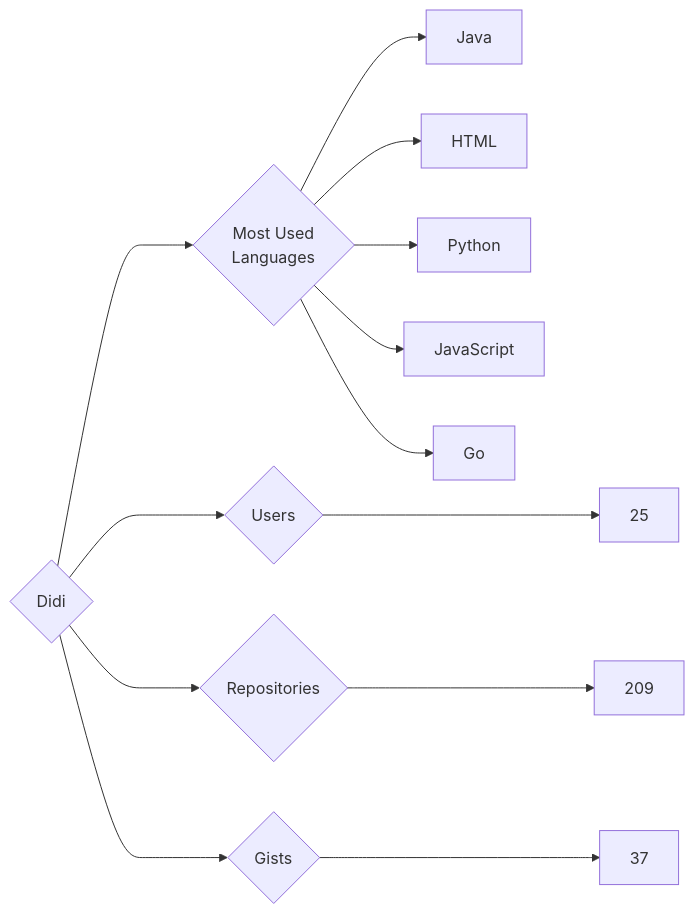
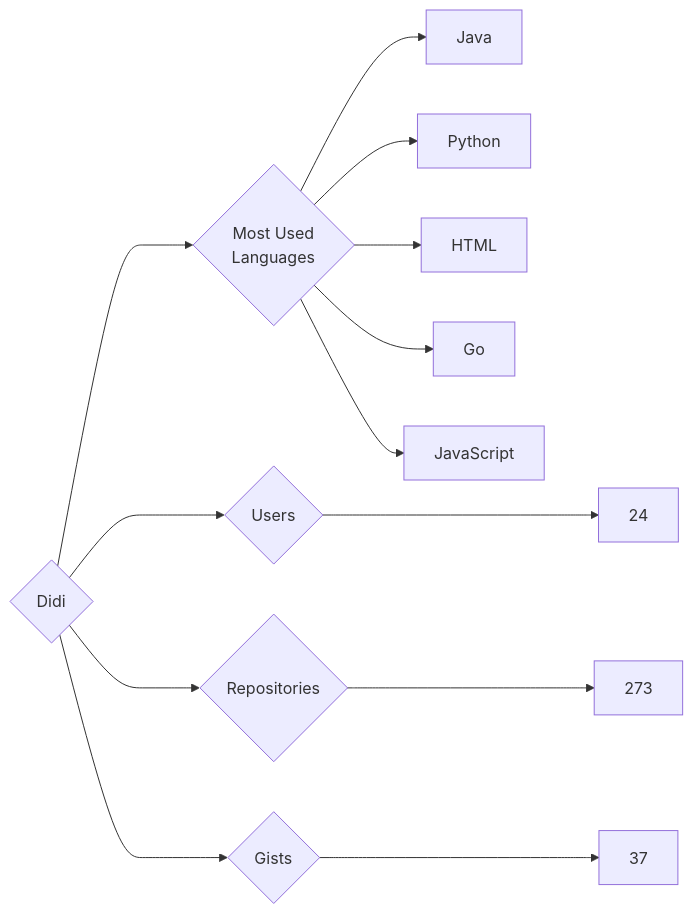
Before and after one commit to trickest/insiders: the diagram in targets/Didi/README.md, drawn with Mermaid. The commit also changed 894 other files, not shown here.

````diff
--- a/targets/Didi/README.md
+++ b/targets/Didi/README.md
@@ -3,13 +3,13 @@
 ```mermaid
 graph LR
 COMPANY_NAME{Didi}
-COMPANY_NAME ---> U{Users} ---> UN[25]
-COMPANY_NAME ---> R{Repositories} ---> RN[209]
+COMPANY_NAME ---> U{Users} ---> UN[24]
+COMPANY_NAME ---> R{Repositories} ---> RN[273]
 COMPANY_NAME ---> G{Gists} ---> GN[37]
 COMPANY_NAME ---> ML{Most Used<br>Languages}
 ML --> Java[Java]
+ML --> Python[Python]
 ML --> HTML[HTML]
-ML --> Python[Python]
+ML --> Go[Go]
 ML --> JavaScript[JavaScript]
-ML --> Go[Go]
 ```
````
